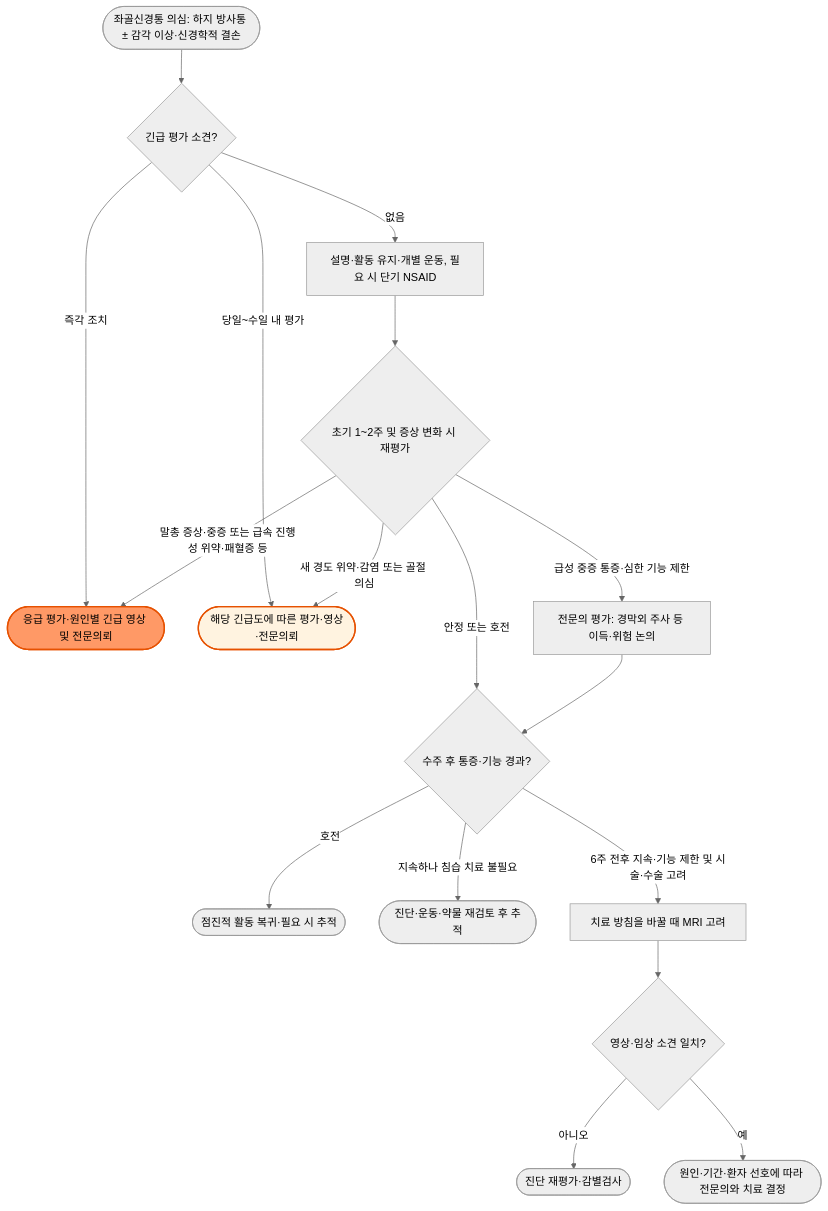
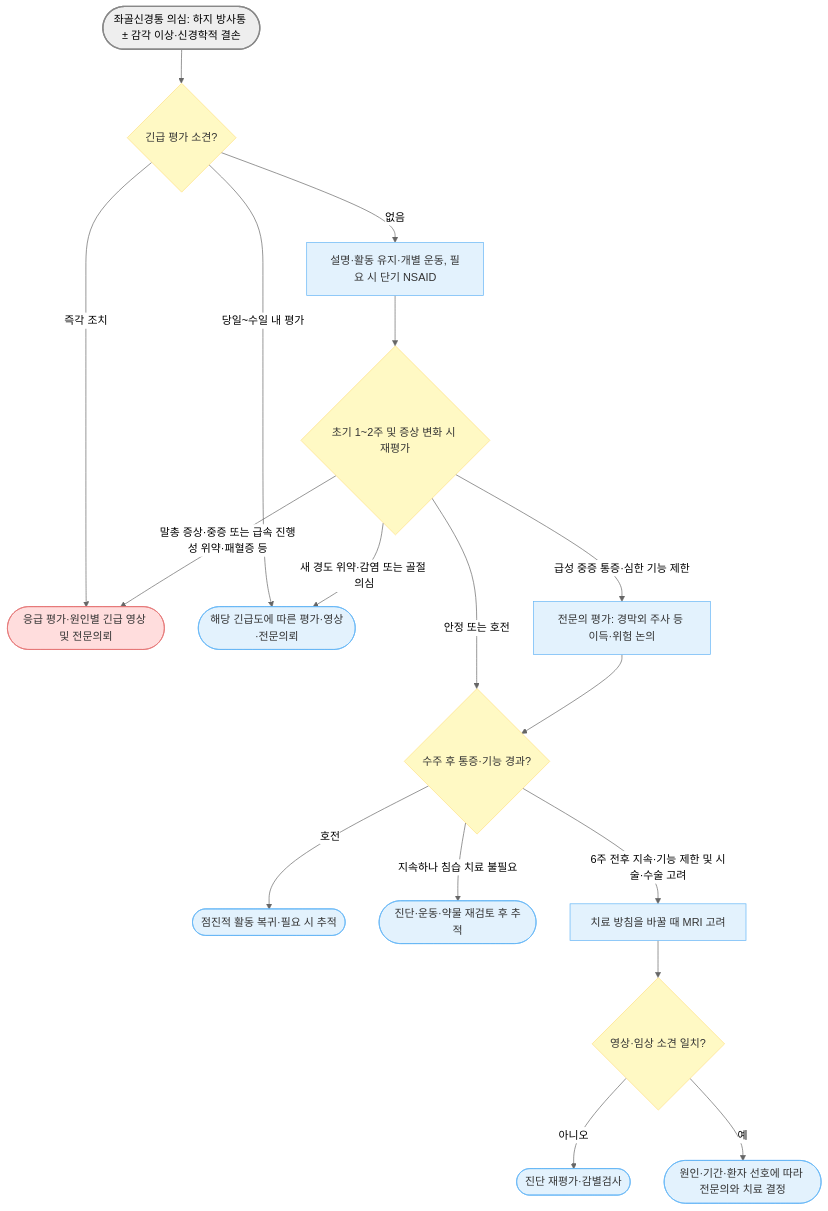
The diagram in 228_/138_-sciatica.md (familyoh77/familyoh77), drawn with Mermaid (neutral theme) before and after one commit. The commit also changed other lines of this file and 4 other files, not shown here.

````diff
--- a/228_/138_-sciatica.md
+++ b/228_/138_-sciatica.md
@@ -120,21 +120,26 @@
 ```mermaid
 flowchart TD
     A(["좌골신경통 의심: 하지 방사통 ± 감각 이상·신경학적 결손"]) --> B{"긴급 평가 소견?"}
-    B -->|즉각 조치| C(["응급 평가·원인별 긴급 영상 및 전문의뢰"])
-    B -->|당일~수일 내 평가| D(["해당 긴급도에 따른 평가·영상·전문의뢰"])
-    B -->|없음| E["설명·활동 유지·개별 운동, 필요 시 단기 NSAID"]
+    B -- "즉각 조치" --> C(["응급 평가·원인별 긴급 영상 및 전문의뢰"])
+    B -- "당일~수일 내 평가" --> D(["해당 긴급도에 따른 평가·영상·전문의뢰"])
+    B -- "없음" --> E["설명·활동 유지·개별 운동, 필요 시 단기 NSAID"]
     E --> F{"초기 1~2주 및 증상 변화 시 재평가"}
-    F -->|말총 증상·중증 또는 급속 진행성 위약·패혈증 등| C
-    F -->|새 경도 위약·감염 또는 골절 의심| D
-    F -->|급성 중증 통증·심한 기능 제한| K["전문의 평가: 경막외 주사 등 이득·위험 논의"]
-    F -->|안정 또는 호전| G{"수주 후 통증·기능 경과?"}
+    F -- "말총 증상·중증 또는 급속 진행성 위약·패혈증 등" --> C
+    F -- "새 경도 위약·감염 또는 골절 의심" --> D
+    F -- "급성 중증 통증·심한 기능 제한" --> K["전문의 평가: 경막외 주사 등 이득·위험 논의"]
+    F -- "안정 또는 호전" --> G{"수주 후 통증·기능 경과?"}
     K --> G
-    G -->|호전| L(["점진적 활동 복귀·필요 시 추적"])
-    G -->|지속하나 침습 치료 불필요| N(["진단·운동·약물 재검토 후 추적"])
-    G -->|6주 전후 지속·기능 제한 및 시술·수술 고려| H["치료 방침을 바꿀 때 MRI 고려"]
+    G -- "호전" --> L(["점진적 활동 복귀·필요 시 추적"])
+    G -- "지속하나 침습 치료 불필요" --> N(["진단·운동·약물 재검토 후 추적"])
+    G -- "6주 전후 지속·기능 제한 및 시술·수술 고려" --> H["치료 방침을 바꿀 때 MRI 고려"]
     H --> I{"영상·임상 소견 일치?"}
-    I -->|아니오| M(["진단 재평가·감별검사"])
-    I -->|예| J(["원인·기간·환자 선호에 따라 전문의와 치료 결정"])
-    style C fill:#f96,stroke:#e65100,stroke-width:2px
-    style D fill:#fff3e0,stroke:#e65100,stroke-width:2px
+    I -- "아니오" --> M(["진단 재평가·감별검사"])
+    I -- "예" --> J(["원인·기간·환자 선호에 따라 전문의와 치료 결정"])
+    classDef question fill:#fff9c4,stroke:#ffe082,color:#333333;
+    classDef danger fill:#ffdddd,stroke:#e57373,color:#333333;
+    classDef treatment fill:#e3f2fd,stroke:#64b5f6,color:#333333;
+    class B,F,G,I question;
+    class C danger;
+    class D,E,K,L,N,H,M,J treatment;
+    style A fill:#eeeeee,stroke:#888888,stroke-width:2px;
 ```
````
